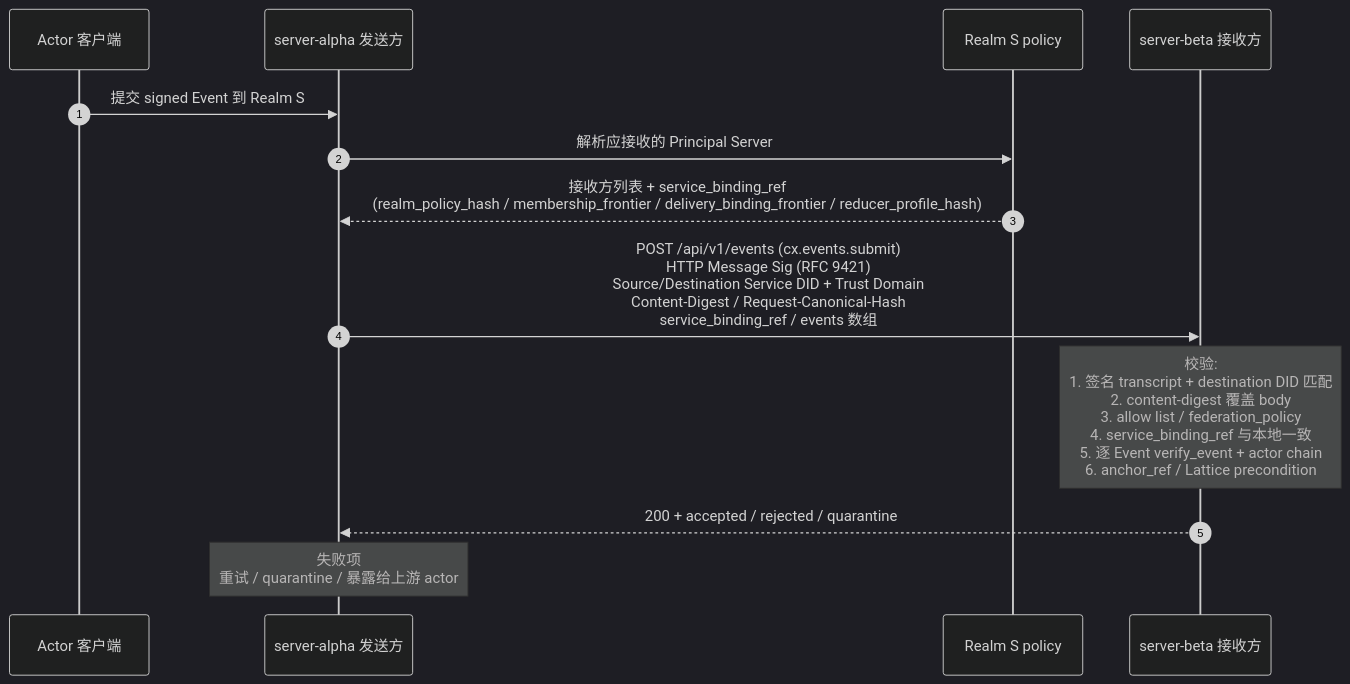
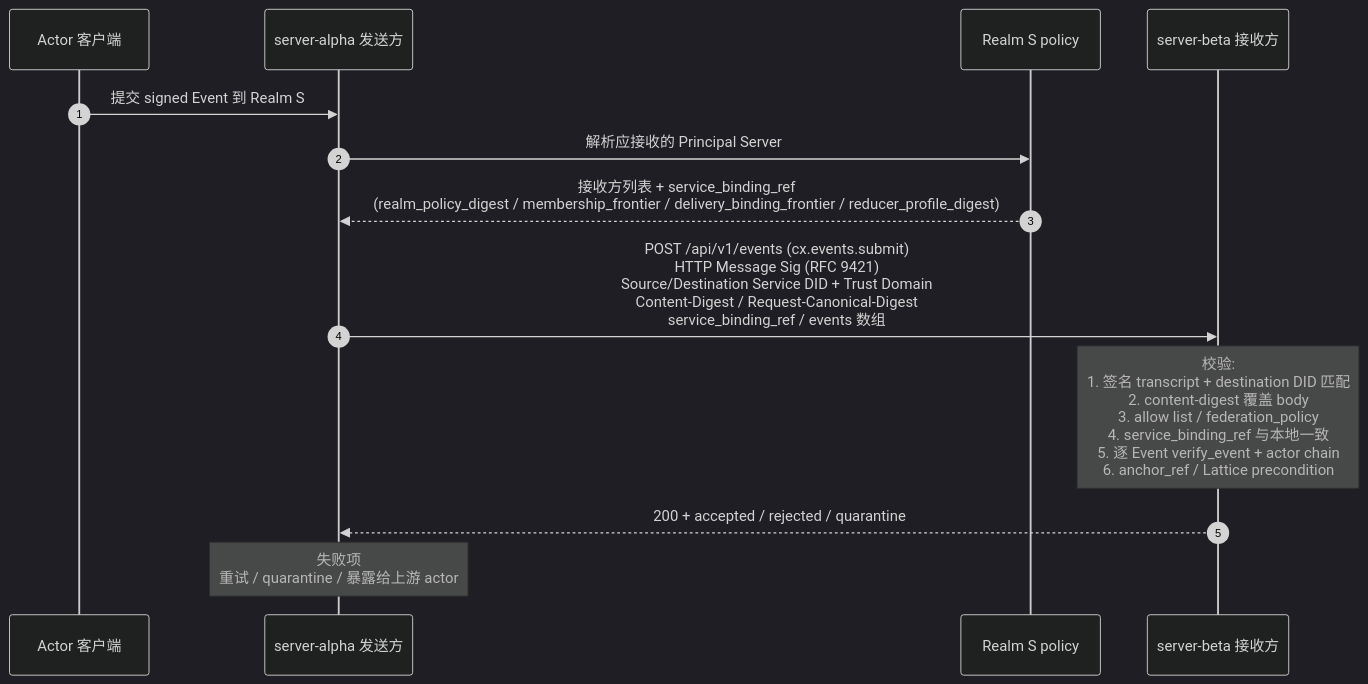
The diagram in spec/v1/zh/sync/federation.md (arkret-org/arkret-spec), drawn with Mermaid (dark theme) before and after one commit. The commit also changed other lines of this file and 69 other files, not shown here.

First line of the commit message:
Refactor API specifications and internal tools to unify hash terminology

````diff
--- a/spec/v1/zh/sync/federation.md
+++ b/spec/v1/zh/sync/federation.md
@@ -287,16 +287,16 @@
 ```mermaid
 sequenceDiagram
     autonumber
     participant Cli as Actor 客户端
     participant Alpha as server-alpha 发送方
     participant Pol as Realm S policy
     participant Beta as server-beta 接收方
 
     Cli->>Alpha: 提交 signed Event 到 Realm S
     Alpha->>Pol: 解析应接收的 Principal Server
-    Pol-->>Alpha: 接收方列表 + service_binding_ref<br>(realm_policy_hash / membership_frontier / delivery_binding_frontier / reducer_profile_hash)
-    Alpha->>Beta: POST /api/v1/events (cx.events.submit)<br>HTTP Message Sig (RFC 9421)<br>Source/Destination Service DID + Trust Domain<br>Content-Digest / Request-Canonical-Hash<br>service_binding_ref / events 数组
+    Pol-->>Alpha: 接收方列表 + service_binding_ref<br>(realm_policy_digest / membership_frontier / delivery_binding_frontier / reducer_profile_digest)
+    Alpha->>Beta: POST /api/v1/events (cx.events.submit)<br>HTTP Message Sig (RFC 9421)<br>Source/Destination Service DID + Trust Domain<br>Content-Digest / Request-Canonical-Digest<br>service_binding_ref / events 数组
     note over Beta: 校验:<br>1. 签名 transcript + destination DID 匹配<br>2. content-digest 覆盖 body<br>3. allow list / federation_policy<br>4. service_binding_ref 与本地一致<br>5. 逐 Event verify_event + actor chain<br>6. anchor_ref / Lattice precondition
     Beta-->>Alpha: 200 + accepted / rejected / quarantine
     note over Alpha: 失败项<br>重试 / quarantine / 暴露给上游 actor
 ```
````
